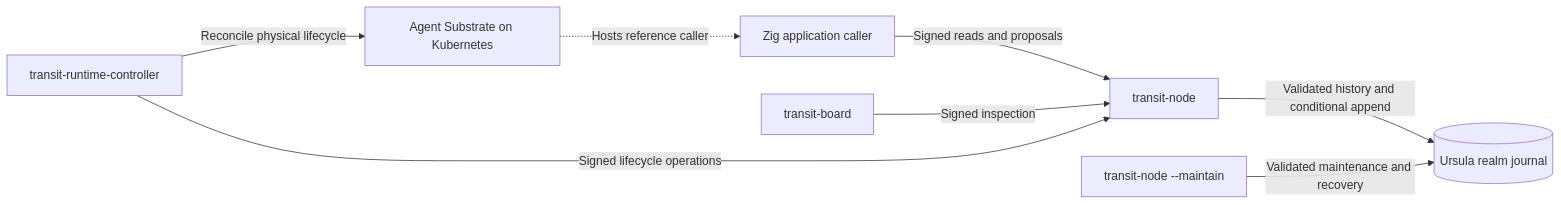
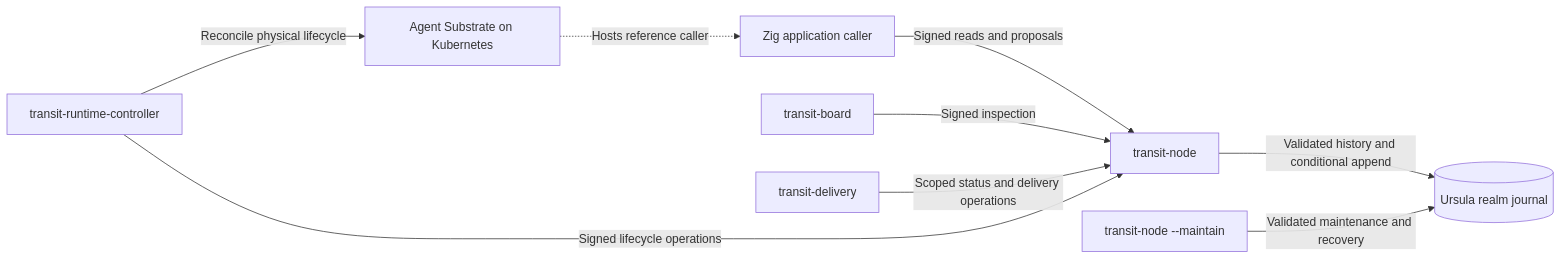
One commit to spoke-sh/transit changed the diagram in docs/ARCHITECTURE.md. Above: the diagram before and after it, drawn with Mermaid. The commit also changed other lines of this file and 23 other files, not shown here.

````diff
--- a/docs/ARCHITECTURE.md
+++ b/docs/ARCHITECTURE.md
@@ -65,10 +65,11 @@
 ```mermaid
 flowchart LR
     Caller[Zig application caller] -->|Signed reads and proposals| Node[transit-node]
     Board[transit-board] -->|Signed inspection| Node
+    Delivery[transit-delivery] -->|Scoped status and delivery operations| Node
     Controller[transit-runtime-controller] -->|Signed lifecycle operations| Node
     Node -->|Validated history and conditional append| Store[(Ursula realm journal)]
     Maintenance[transit-node --maintain] -->|Validated maintenance and recovery| Store
     Controller -->|Reconcile physical lifecycle| Runtime[Agent Substrate on Kubernetes]
     Runtime -.->|Hosts reference caller| Caller
 ```
````
